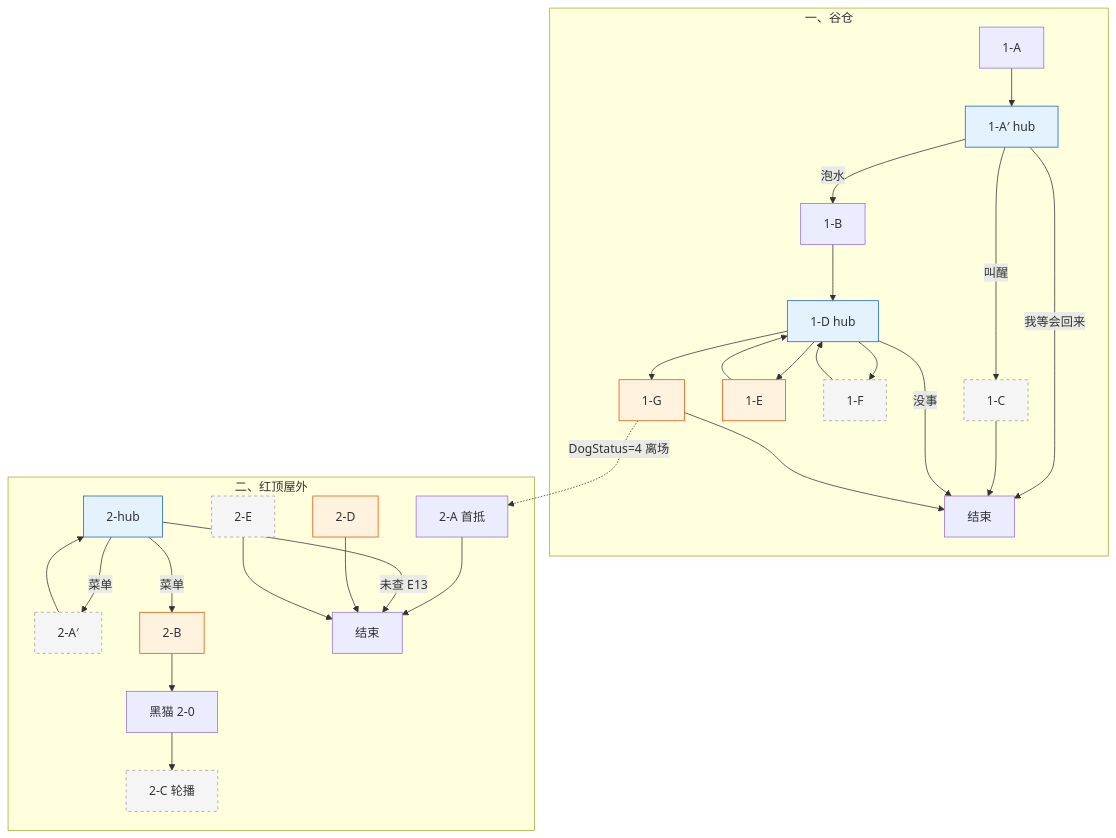
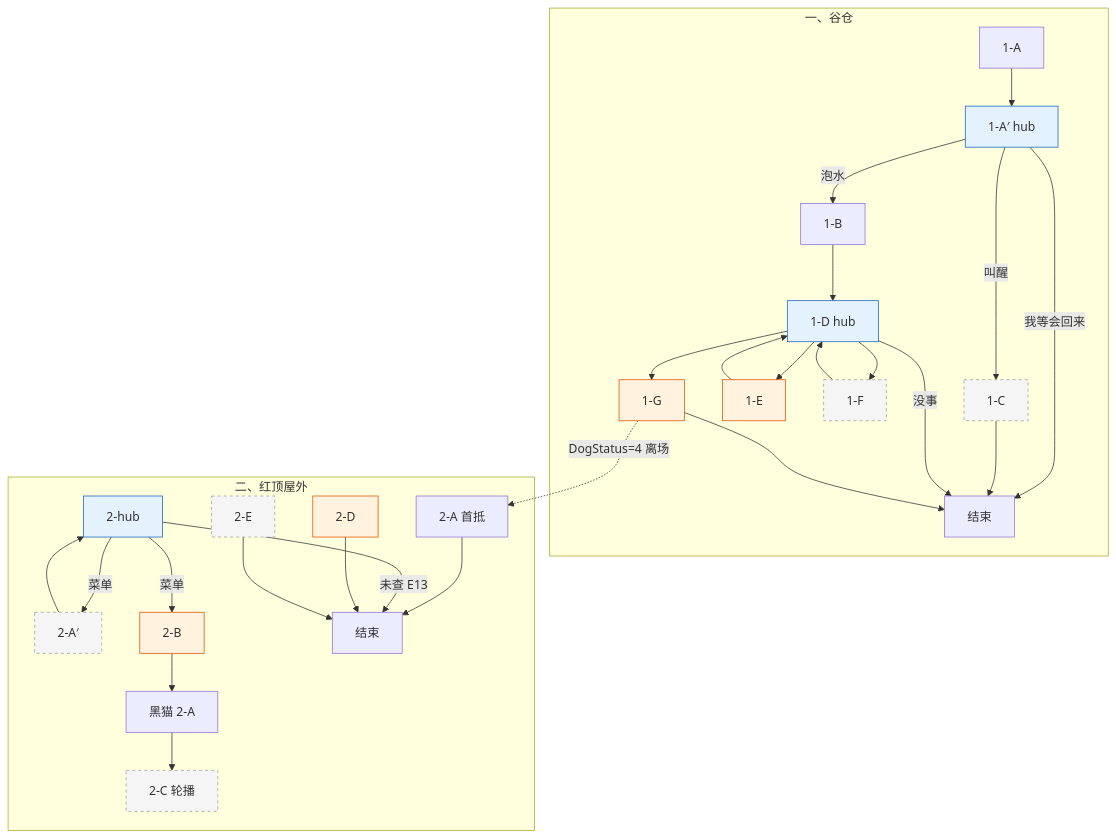
One commit to bestdtang/MissingEggDoc changed the diagram in docs/characters/大黄-对话脚本-树状样章.md. Above: the diagram before and after it, drawn with Mermaid. The commit also changed other lines of this file and 20 other files, not shown here.

Commit message:
黑猫的树状图

````diff
--- a/docs/characters/大黄-对话脚本-树状样章.md
+++ b/docs/characters/大黄-对话脚本-树状样章.md
@@ -36,57 +38,57 @@
 ```mermaid
 flowchart TD
   subgraph S1 ["一、谷仓"]
     A["1-A"]
     ENT["1-A′ hub"]
     C["1-B"]
     CP["1-C"]
     HUB["1-D hub"]
     E["1-E"]
     F["1-F"]
     G["1-G"]
 
     A --> ENT
     ENT -->|泡水| C
     ENT -->|叫醒| CP
     ENT -->|我等会回来| X1[结束]
     CP --> X1
     C --> HUB
     HUB --> E
     HUB --> F
     HUB --> G
     E --> HUB
     F --> HUB
     HUB -->|没事| X1
     G --> X1
   end
 
   subgraph S2 ["二、红顶屋外"]
     A3["2-A 首抵"]
     RHUB["2-hub"]
     AP["2-A′"]
     CC["2-B"]
-    BC["黑猫 2-0"]
+    BC["黑猫 2-A"]
     D["2-C 轮播"]
     EE["2-D"]
     FF["2-E"]
 
     A3 --> X2[结束]
     RHUB -->|未查 E13| X2
     RHUB -->|菜单| CC
     RHUB -->|菜单| AP
     AP --> RHUB
     CC --> BC
     BC --> D
     EE --> X2
     FF --> X2
   end
 
   G -.->|DogStatus=4 离场| A3
 
   classDef key fill:#fff3e0,stroke:#e65100
   classDef opt fill:#f5f5f5,stroke:#9e9e9e,stroke-dasharray:4 4
   classDef hub fill:#e3f2fd,stroke:#1565c0
   class E,G,CC,EE key
   class CP,F,D,FF,AP opt
   class ENT,HUB,RHUB hub
 ```
````
